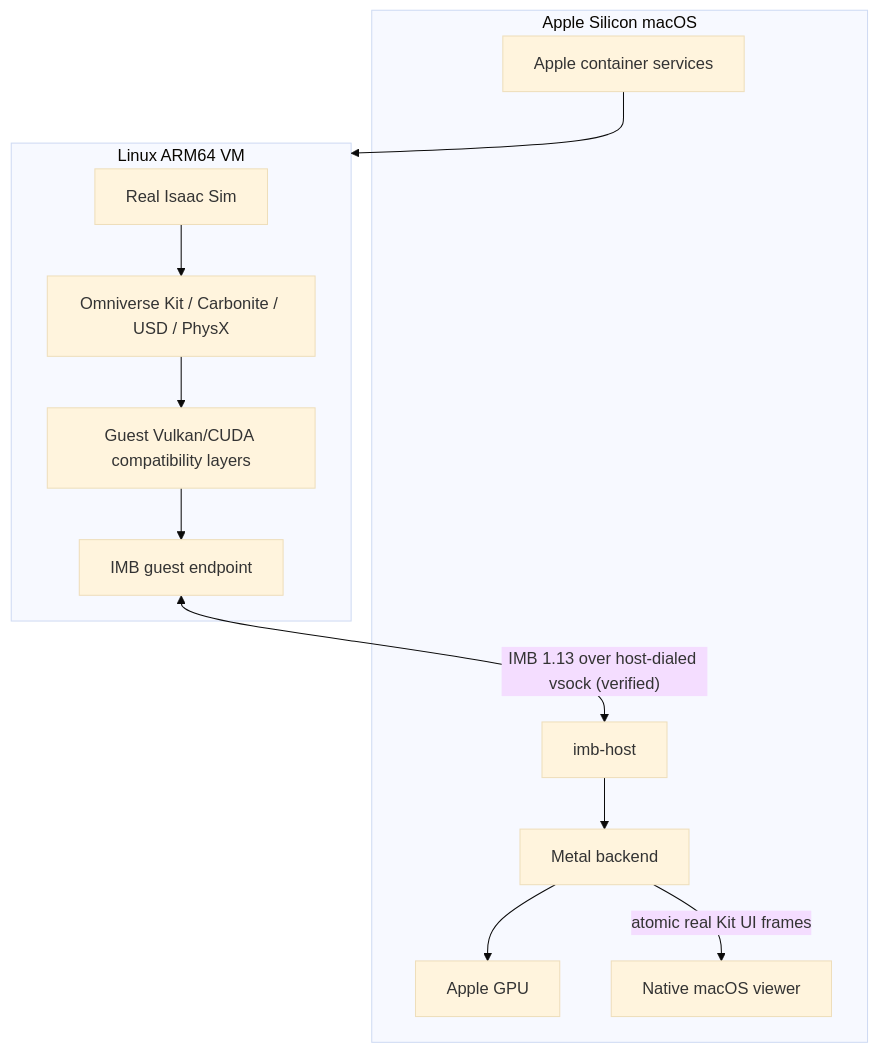
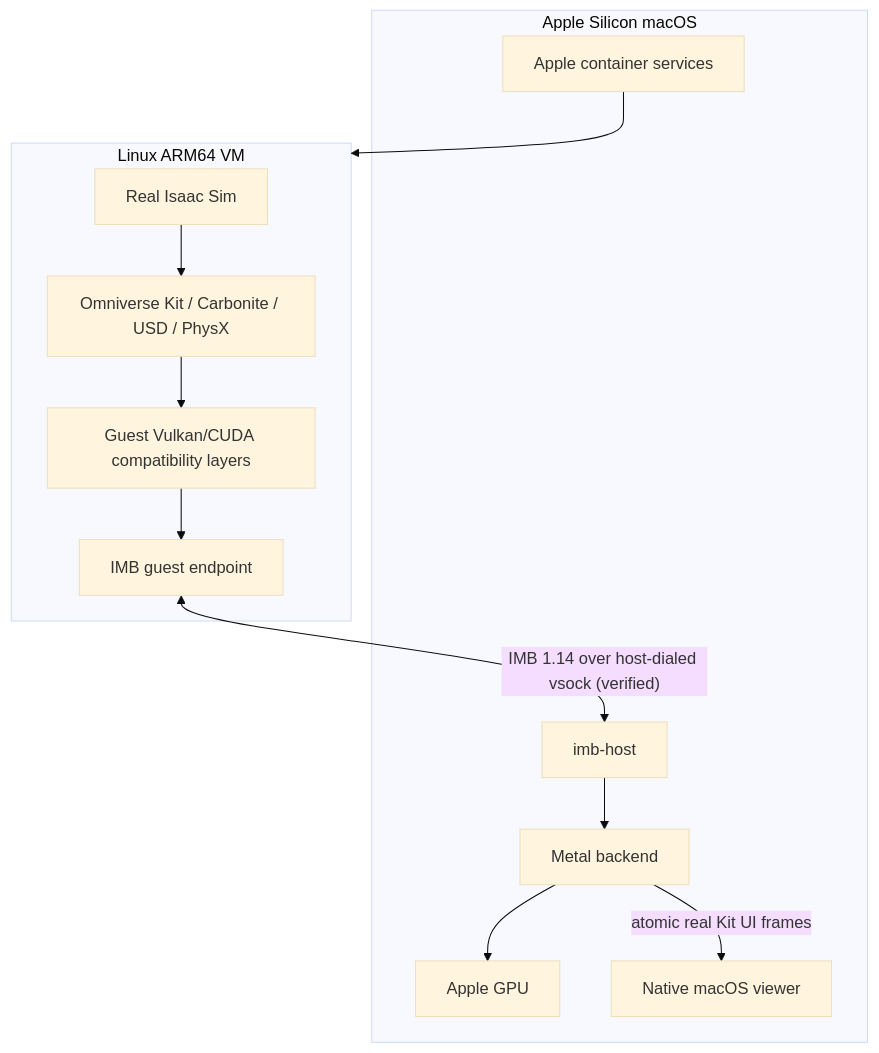
The first of 8 diagrams in docs/architecture.md (syun88/IsaacMetalBridge), drawn with Mermaid (base theme) before and after one commit. The commit also changed other lines of this file and 23 other files, not shown here.

````diff
--- a/docs/architecture.md
+++ b/docs/architecture.md
@@ -10,21 +10,21 @@
 ```mermaid
 flowchart TB
   subgraph macOS["Apple Silicon macOS"]
     AC["Apple container services"]
     HB["imb-host"]
     MB["Metal backend"]
     GPU["Apple GPU"]
     VW["Native macOS viewer"]
   end
   subgraph VM["Linux ARM64 VM"]
     IS["Real Isaac Sim"]
     KIT["Omniverse Kit / Carbonite / USD / PhysX"]
     GC["Guest Vulkan/CUDA compatibility layers"]
     GP["IMB guest endpoint"]
   end
   IS --> KIT --> GC --> GP
   AC --> VM
-  GP <-->|"IMB 1.13 over host-dialed vsock (verified)"| HB
+  GP <-->|"IMB 1.14 over host-dialed vsock (verified)"| HB
   HB --> MB --> GPU
   MB -->|"atomic real Kit UI frames"| VW
 ```
````
